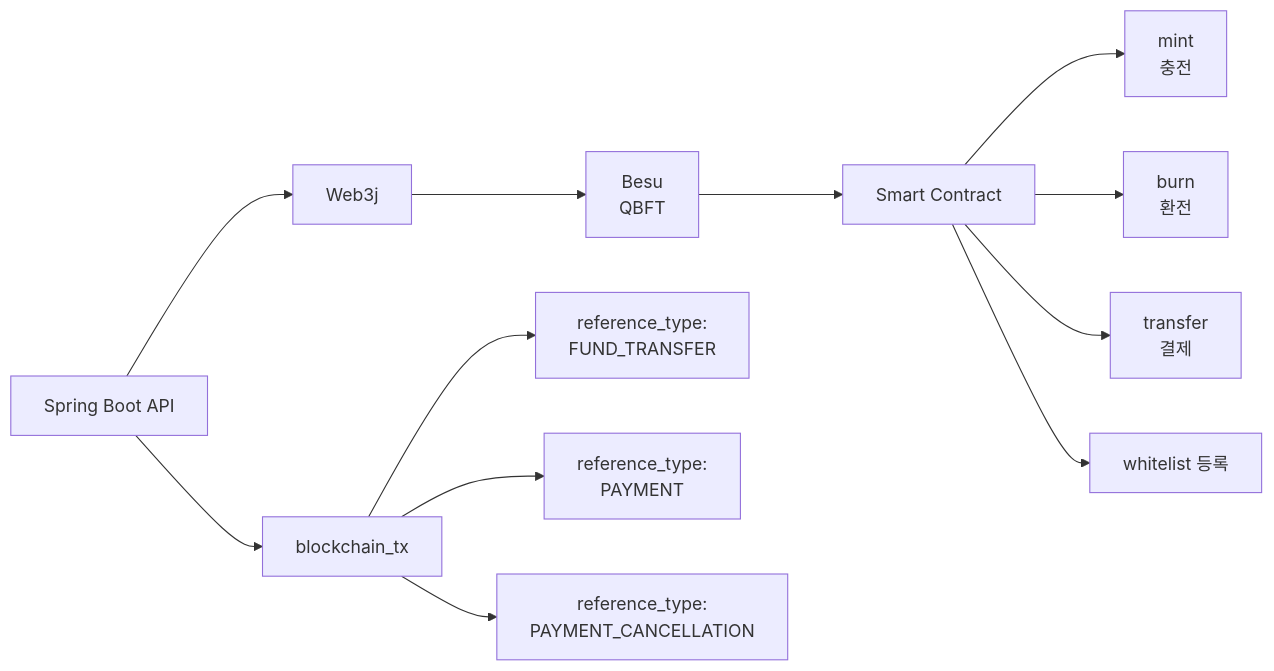
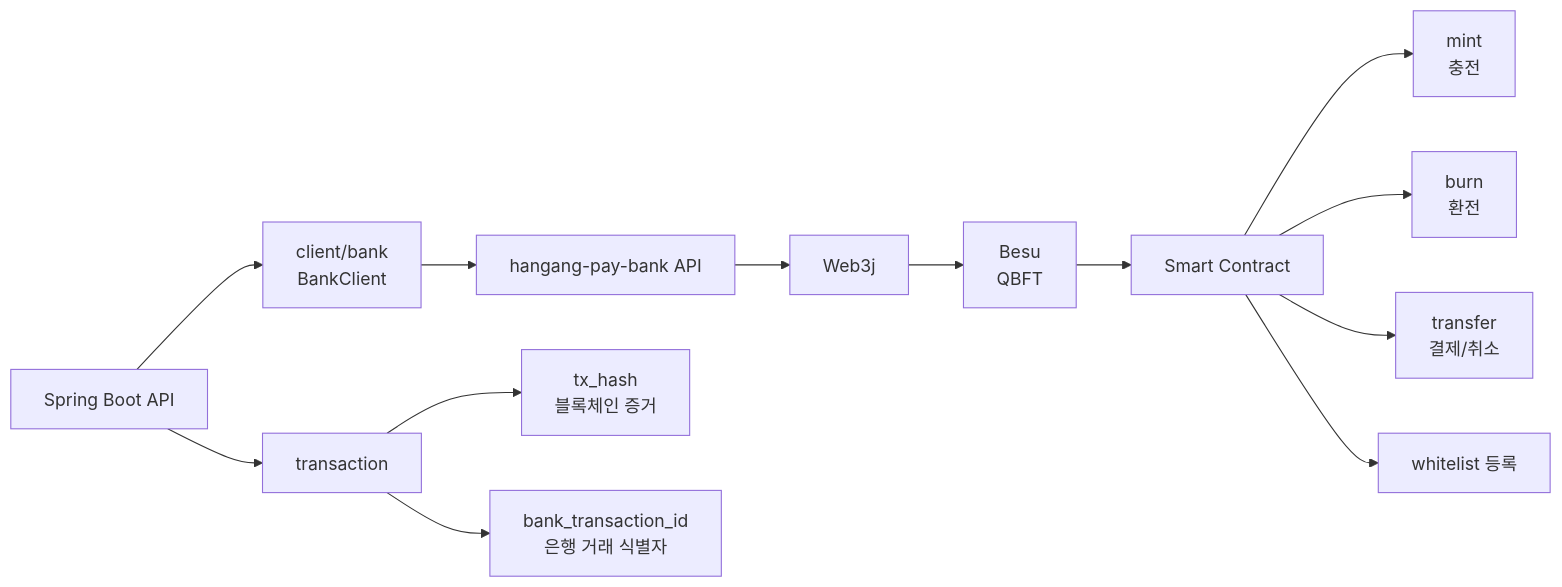
Before and after one commit to Fisa-Family/hangang-pay: the fourth of 5 diagrams in hangang-pay-be/CLAUDE.md, drawn with Mermaid. The commit also changed other lines of this file and 12 other files, not shown here.

````diff
--- a/hangang-pay-be/CLAUDE.md
+++ b/hangang-pay-be/CLAUDE.md
@@ -310,16 +323,17 @@
 ```mermaid
 flowchart LR
-  app["Spring Boot API"] --> web3j["Web3j"]
+  app["Spring Boot API"] --> bankClient["client/bank<br/>BankClient"]
+  bankClient --> bank["hangang-pay-bank API"]
+  bank --> web3j["Web3j"]
   web3j --> besu["Besu<br/>QBFT"]
   besu --> contract["Smart Contract"]
 
   contract --> mint["mint<br/>충전"]
   contract --> burn["burn<br/>환전"]
-  contract --> transfer["transfer<br/>결제"]
+  contract --> transfer["transfer<br/>결제/취소"]
   contract --> whitelist["whitelist 등록"]
 
-  app --> blockchainTx["blockchain_tx"]
-  blockchainTx --> fundTransfer["reference_type:<br/>FUND_TRANSFER"]
-  blockchainTx --> payment["reference_type:<br/>PAYMENT"]
-  blockchainTx --> paymentCancellation["reference_type:<br/>PAYMENT_CANCELLATION"]
+  app --> tx["transaction"]
+  tx --> txHash["tx_hash<br/>블록체인 증거"]
+  tx --> bankTx["bank_transaction_id<br/>은행 거래 식별자"]
 ```
````
